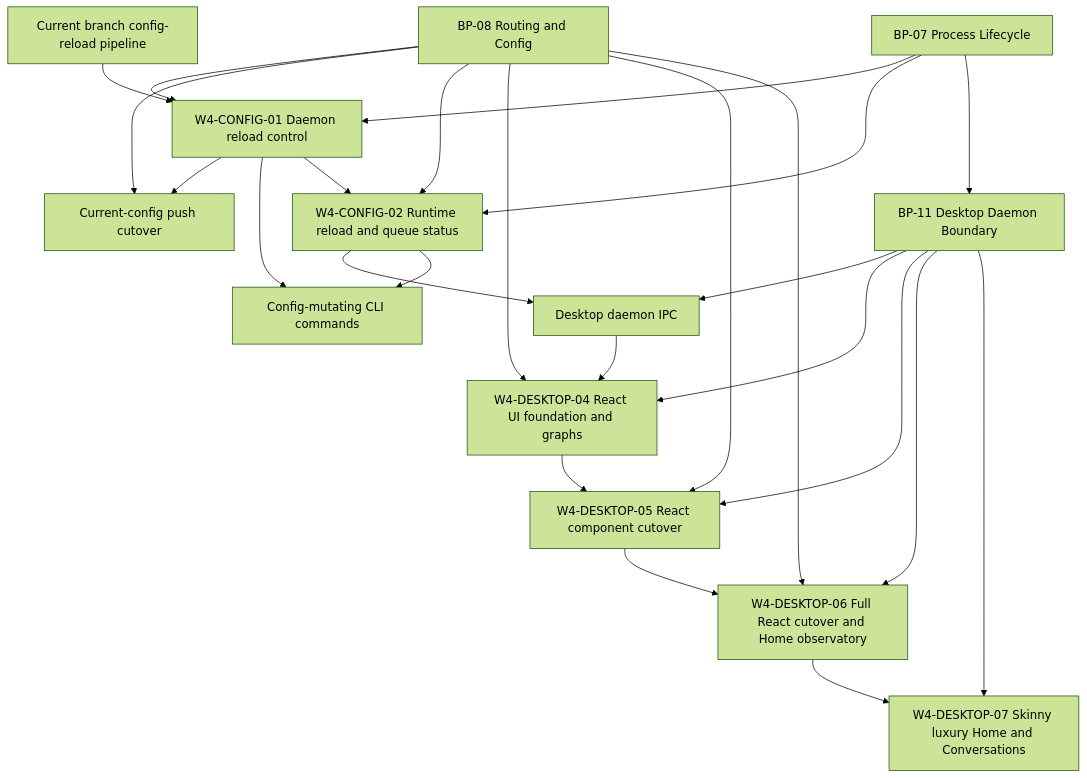
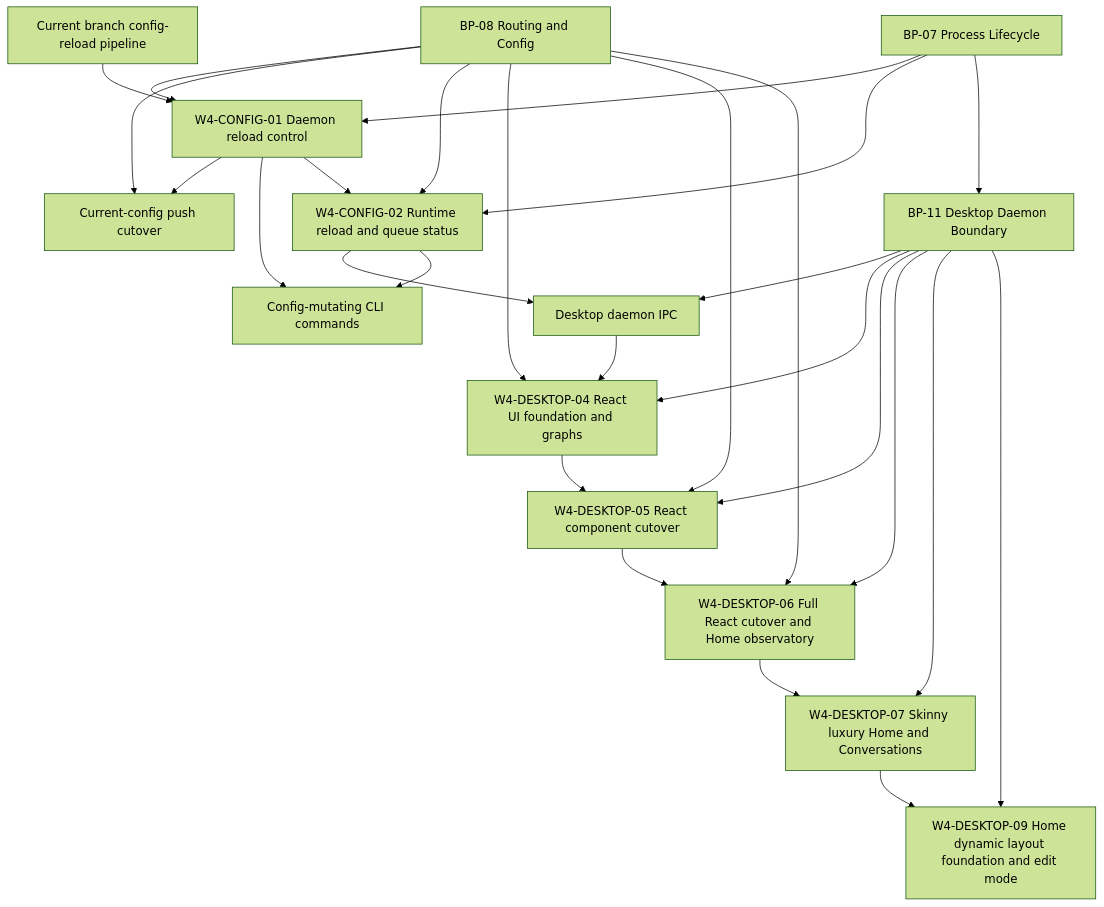
The diagram in .execution/program.md (mendeleden/jin), drawn with Mermaid (forest theme) before and after one commit. The commit also changed other lines of this file and 15 other files, not shown here.

Commit message:
Harden home dynamic layout edits

````diff
--- a/.execution/program.md
+++ b/.execution/program.md
@@ -28,41 +29,44 @@
 ```mermaid
 flowchart TD
   BP07[BP-07 Process Lifecycle]
   BP08[BP-08 Routing and Config]
   BP11[BP-11 Desktop Daemon Boundary]
   ReloadPipeline[Current branch config-reload pipeline]
   W4C01[W4-CONFIG-01 Daemon reload control]
   PushCutover[Current-config push cutover]
   W4C02[W4-CONFIG-02 Runtime reload and queue status]
   Desktop[Desktop daemon IPC]
   CLI[Config-mutating CLI commands]
   W4D04[W4-DESKTOP-04 React UI foundation and graphs]
   W4D05[W4-DESKTOP-05 React component cutover]
   W4D06[W4-DESKTOP-06 Full React cutover and Home observatory]
   W4D07[W4-DESKTOP-07 Skinny luxury Home and Conversations]
+  W4D09[W4-DESKTOP-09 Home dynamic layout foundation and edit mode]
 
   BP07 --> W4C01
   BP08 --> W4C01
   ReloadPipeline --> W4C01
   W4C01 --> PushCutover
   BP08 --> PushCutover
   W4C01 --> CLI
   W4C01 --> W4C02
   BP07 --> W4C02
   BP08 --> W4C02
   W4C02 --> Desktop
   W4C02 --> CLI
   BP07 --> BP11
   BP11 --> Desktop
   BP08 --> W4D04
   BP11 --> W4D04
   Desktop --> W4D04
   W4D04 --> W4D05
   BP11 --> W4D05
   BP08 --> W4D05
   W4D05 --> W4D06
   BP11 --> W4D06
   BP08 --> W4D06
   W4D06 --> W4D07
   BP11 --> W4D07
+  W4D07 --> W4D09
+  BP11 --> W4D09
 ```
````
